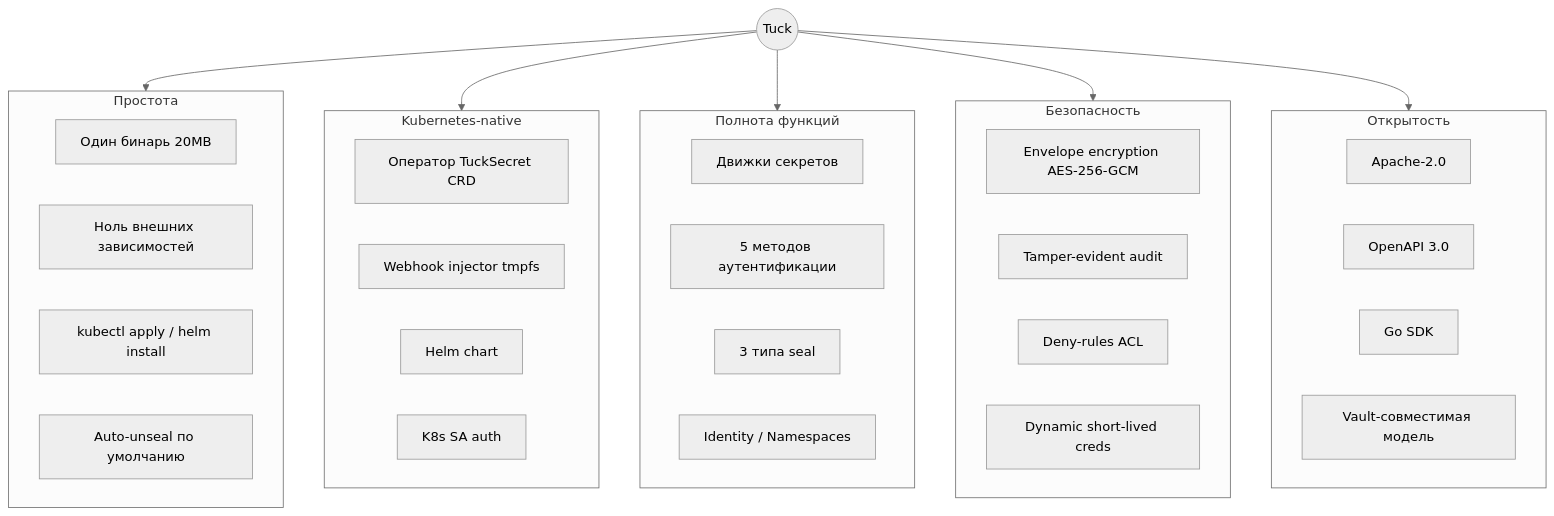
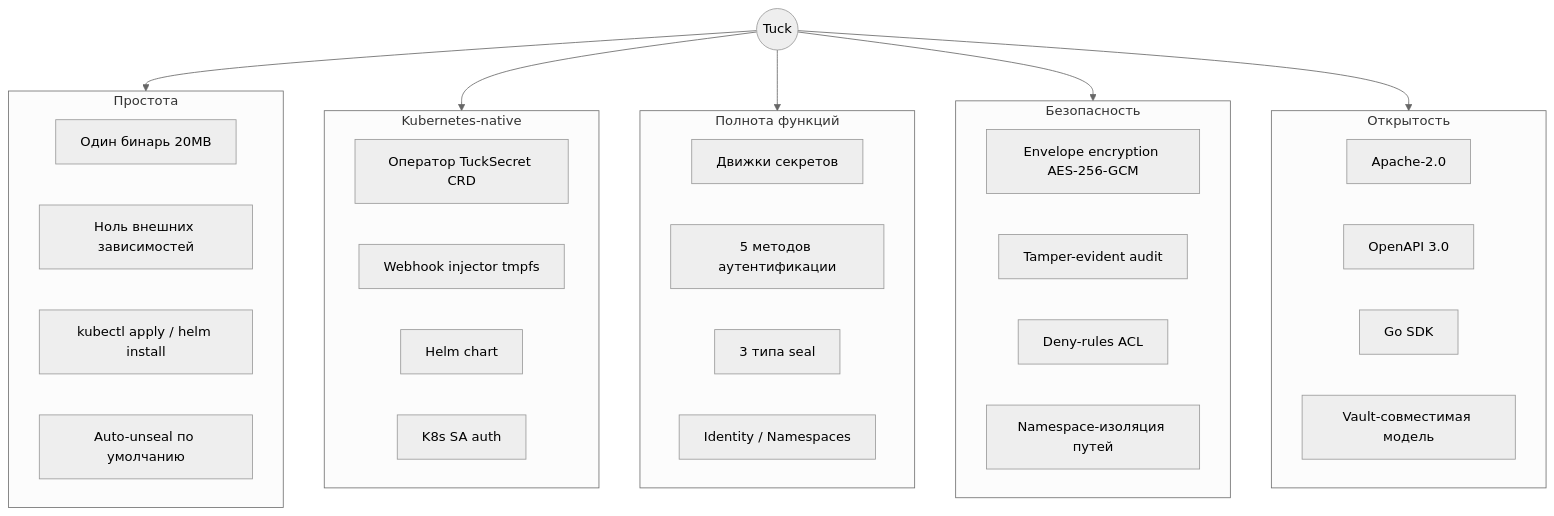
One commit to NAGenaev/tuck changed the first of 2 diagrams in docs/01-overview.md. Above: the diagram before and after it, drawn with Mermaid (neutral theme). The commit also changed other lines of this file and 114 other files, not shown here.

````diff
--- a/docs/01-overview.md
+++ b/docs/01-overview.md
@@ -60,39 +58,39 @@
 ```mermaid
 flowchart TB
     ROOT((Tuck))
     subgraph S1["Простота"]
         S1a["Один бинарь 20MB"]
         S1b["Ноль внешних зависимостей"]
         S1c["kubectl apply / helm install"]
         S1d["Auto-unseal по умолчанию"]
     end
     subgraph S2["Kubernetes-native"]
         S2a["Оператор TuckSecret CRD"]
         S2b["Webhook injector tmpfs"]
         S2c["Helm chart"]
         S2d["K8s SA auth"]
     end
     subgraph S3["Полнота функций"]
         S3a["Движки секретов"]
         S3b["5 методов аутентификации"]
         S3c["3 типа seal"]
         S3d["Identity / Namespaces"]
     end
     subgraph S4["Безопасность"]
         S4a["Envelope encryption AES-256-GCM"]
         S4b["Tamper-evident audit"]
         S4c["Deny-rules ACL"]
-        S4d["Dynamic short-lived creds"]
+        S4d["Namespace-изоляция путей"]
     end
     subgraph S5["Открытость"]
         S5a["Apache-2.0"]
         S5b["OpenAPI 3.0"]
         S5c["Go SDK"]
         S5d["Vault-совместимая модель"]
     end
     ROOT --> S1
     ROOT --> S2
     ROOT --> S3
     ROOT --> S4
     ROOT --> S5
 ```
````
